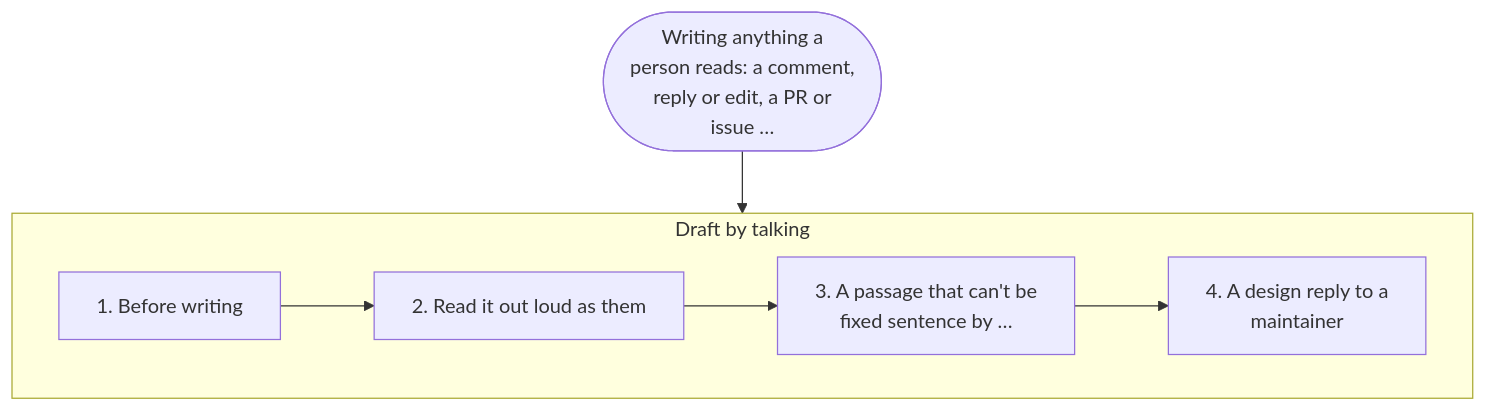
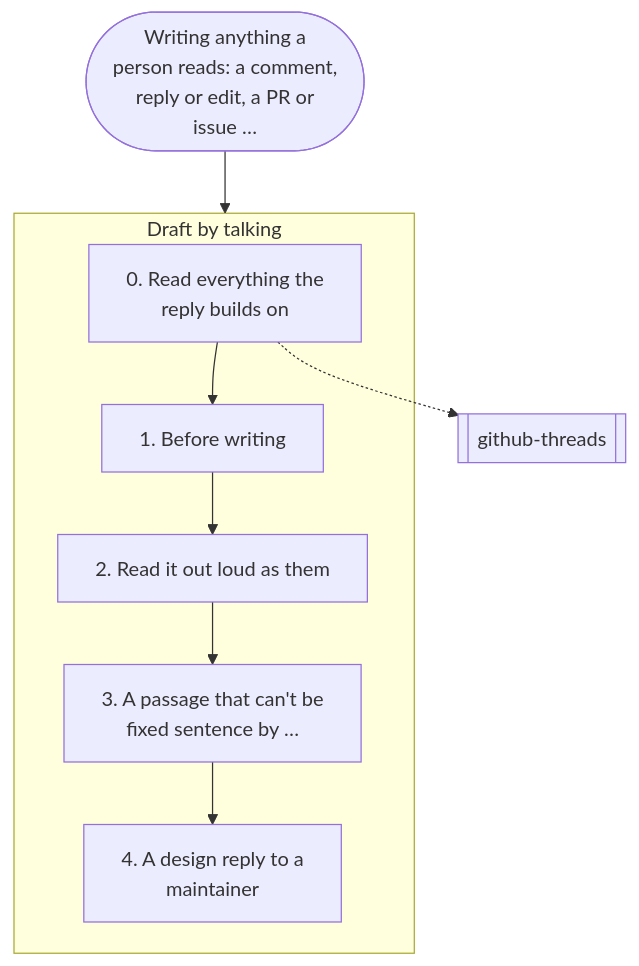
The second of 17 diagrams in docs/graphs.md (nitedani/mergeworthy), drawn with Mermaid before and after one commit. The commit also changed other lines of this file and 3 other files, not shown here.

Commit message:
writing: read the whole thread first; design replies start from the debate and convergence step

````diff
--- a/docs/graphs.md
+++ b/docs/graphs.md
@@ -65,14 +65,17 @@
 ```mermaid
 flowchart TB
   start(["Writing anything a<br/>person reads: a comment,<br/>reply or edit, a PR or<br/>issue …"])
   subgraph g0["Draft by talking"]
-    s0["1. Before writing"]
-    s1["2. Read it out loud as them"]
+    s0["0. Read everything the<br/>reply builds on"]
+    s1["1. Before writing"]
     s0 --> s1
-    s2["3. A passage that can't be<br/>fixed sentence by …"]
+    s2["2. Read it out loud as them"]
     s1 --> s2
-    s3["4. A design reply to a<br/>maintainer"]
+    s3["3. A passage that can't be<br/>fixed sentence by …"]
     s2 --> s3
+    s4["4. A design reply to a<br/>maintainer"]
+    s3 --> s4
   end
+  s0 -.-> r1[["github-threads"]]
   start --> g0
 ```
````
